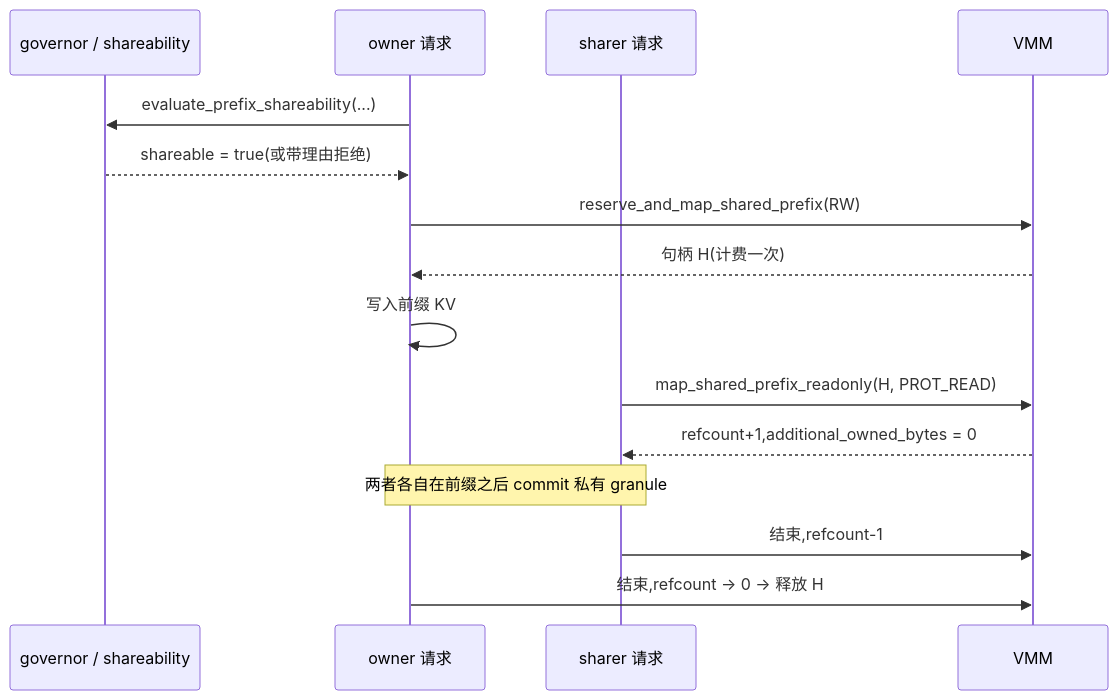
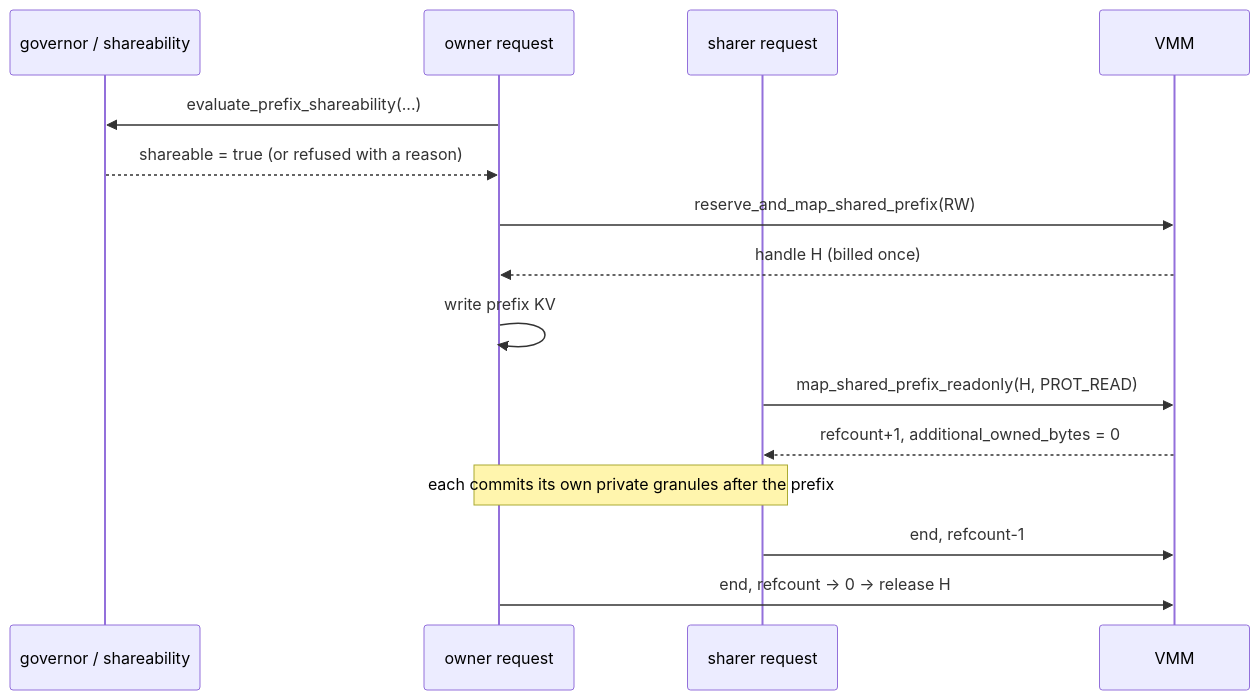
Before and after one commit to justinchuby/onnx-genai-wiki: the third of 4 diagrams in content/en/memory/Virtual Memory for KV Cache.md, drawn with Mermaid. The commit also changed other lines of this file and 6 other files, not shown here.

````diff
--- a/content/en/memory/Virtual Memory for KV Cache.md
+++ b/content/en/memory/Virtual Memory for KV Cache.md
@@ -228,17 +228,17 @@
 ```mermaid
 sequenceDiagram
     participant G as governor / shareability
-    participant O as owner 请求
-    participant S as sharer 请求
+    participant O as owner request
+    participant S as sharer request
     participant V as VMM
     O->>G: evaluate_prefix_shareability(...)
-    G-->>O: shareable = true(或带理由拒绝)
+    G-->>O: shareable = true (or refused with a reason)
     O->>V: reserve_and_map_shared_prefix(RW)
-    V-->>O: 句柄 H(计费一次)
-    O->>O: 写入前缀 KV
+    V-->>O: handle H (billed once)
+    O->>O: write prefix KV
     S->>V: map_shared_prefix_readonly(H, PROT_READ)
-    V-->>S: refcount+1,additional_owned_bytes = 0
-    Note over O,S: 两者各自在前缀之后 commit 私有 granule
-    S->>V: 结束,refcount-1
-    O->>V: 结束,refcount → 0 → 释放 H
+    V-->>S: refcount+1, additional_owned_bytes = 0
+    Note over O,S: each commits its own private granules after the prefix
+    S->>V: end, refcount-1
+    O->>V: end, refcount → 0 → release H
 ```
````
